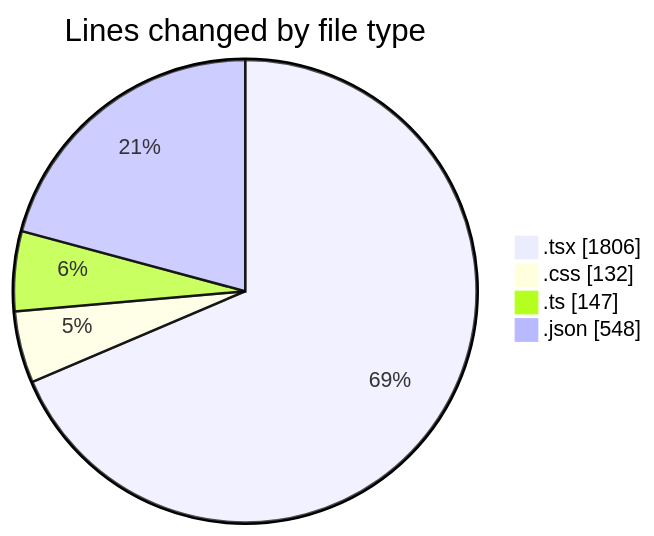
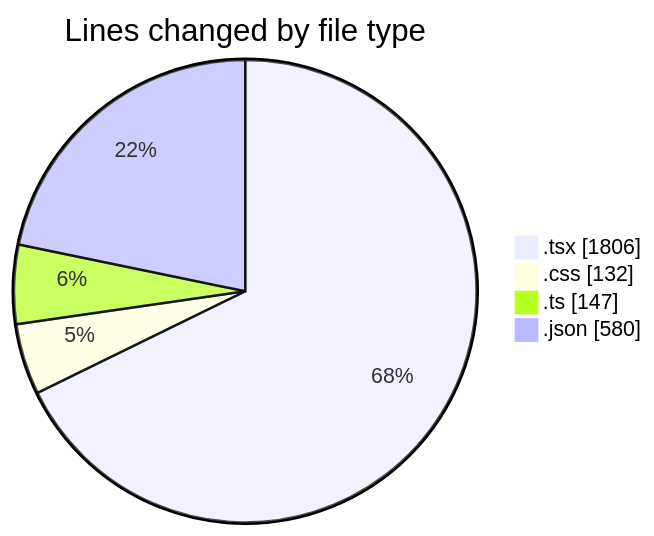
Before and after one commit to Elitesun/code-tracking: the first of 2 diagrams in 2025-05-06/niten/README.md, drawn with Mermaid. The commit also changed other lines of this file and 1 other file, not shown here.

````diff
--- a/2025-05-06/niten/README.md
+++ b/2025-05-06/niten/README.md
@@ -50,8 +50,8 @@
 ```mermaid
 pie showData
 title Lines changed by file type
 ".tsx" : 1806
 ".css" : 132
 ".ts" : 147
-".json" : 548
+".json" : 580
 ```
````
